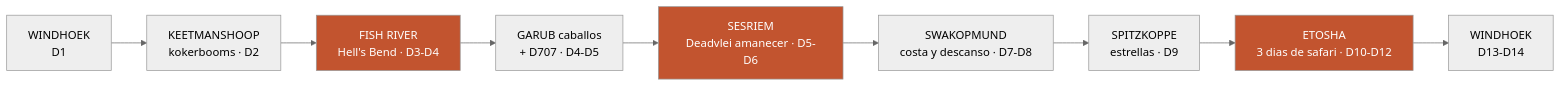
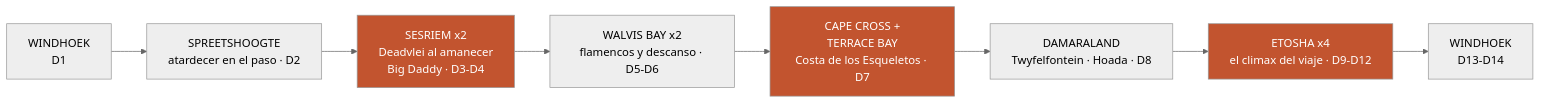
One commit to morandeirachema/namibia changed the first of 6 diagrams in README.md. Above: the diagram before and after it, drawn with Mermaid (neutral theme). The commit also changed other lines of this file and 4 other files, not shown here.

````diff
--- a/README.md
+++ b/README.md
@@ -27,14 +27,13 @@
 ```mermaid
 flowchart LR
-    W["WINDHOEK<br/>D1"] --> K["KEETMANSHOOP<br/>kokerbooms · D2"]
-    K --> F["FISH RIVER<br/>Hell's Bend · D3-D4"]
-    F --> G["GARUB caballos<br/>+ D707 · D4-D5"]
-    G --> S["SESRIEM<br/>Deadvlei amanecer · D5-D6"]
-    S --> C["SWAKOPMUND<br/>costa y descanso · D7-D8"]
-    C --> P["SPITZKOPPE<br/>estrellas · D9"]
-    P --> E["ETOSHA<br/>3 dias de safari · D10-D12"]
-    E --> W2["WINDHOEK<br/>D13-D14"]
-    style S fill:#C2542F,color:#fff
-    style E fill:#C2542F,color:#fff
-    style F fill:#C2542F,color:#fff
+    W["WINDHOEK<br/>D1"] --> SP["SPREETSHOOGTE<br/>atardecer en el paso · D2"]
+    SP --> SE["SESRIEM x2<br/>Deadvlei al amanecer<br/>Big Daddy · D3-D4"]
+    SE --> WB["WALVIS BAY x2<br/>flamencos y descanso · D5-D6"]
+    WB --> SK["CAPE CROSS +<br/>TERRACE BAY<br/>Costa de los Esqueletos · D7"]
+    SK --> DA["DAMARALAND<br/>Twyfelfontein · Hoada · D8"]
+    DA --> ET["ETOSHA x4<br/>el climax del viaje · D9-D12"]
+    ET --> W2["WINDHOEK<br/>D13-D14"]
+    style SE fill:#C2542F,color:#fff
+    style ET fill:#C2542F,color:#fff
+    style SK fill:#C2542F,color:#fff
 ```
````
